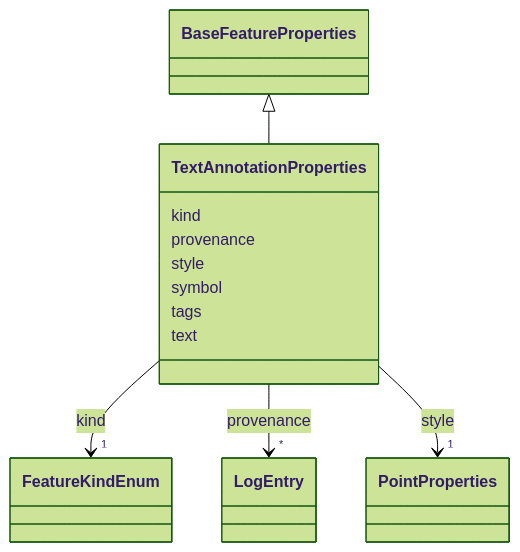
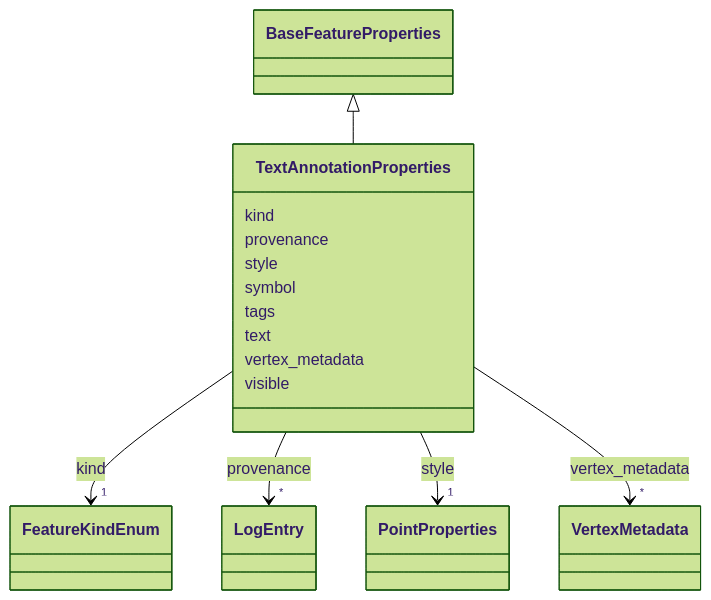
The diagram in schema-docs-md/classes/TextAnnotationProperties.md (debrief/debrief-future), drawn with Mermaid (forest theme) before and after one commit. The commit also changed other lines of this file and 238 other files, not shown here.

````diff
--- a/schema-docs-md/classes/TextAnnotationProperties.md
+++ b/schema-docs-md/classes/TextAnnotationProperties.md
@@ -19,48 +19,61 @@
 ```mermaid
  classDiagram
     class TextAnnotationProperties
     click TextAnnotationProperties href "../../classes/TextAnnotationProperties/"
       BaseFeatureProperties <|-- TextAnnotationProperties
         click BaseFeatureProperties href "../../classes/BaseFeatureProperties/"
       
       TextAnnotationProperties : kind
         
           
     
         
         
         TextAnnotationProperties --> "1" FeatureKindEnum : kind
         click FeatureKindEnum href "../../enums/FeatureKindEnum/"
     
 
         
       TextAnnotationProperties : provenance
         
           
     
         
         
         TextAnnotationProperties --> "*" LogEntry : provenance
         click LogEntry href "../../classes/LogEntry/"
     
 
         
       TextAnnotationProperties : style
         
           
     
         
         
         TextAnnotationProperties --> "1" PointProperties : style
         click PointProperties href "../../classes/PointProperties/"
     
 
         
       TextAnnotationProperties : symbol
         
       TextAnnotationProperties : tags
         
       TextAnnotationProperties : text
         
+      TextAnnotationProperties : vertex_metadata
+        
+          
+    
+        
+        
+        TextAnnotationProperties --> "*" VertexMetadata : vertex_metadata
+        click VertexMetadata href "../../classes/VertexMetadata/"
+    
+
+        
+      TextAnnotationProperties : visible
+        
       
 ```
````
